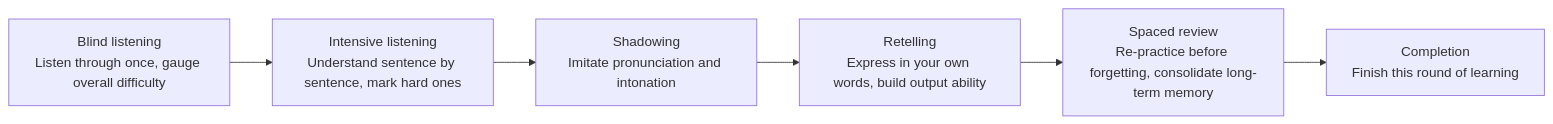
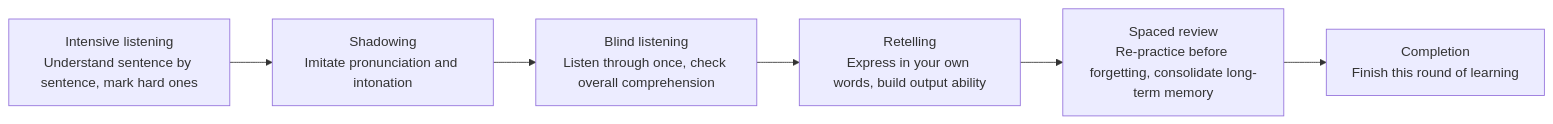
Before and after one commit to CrazyForks/Echo-Loop: the diagram in README.en.md, drawn with Mermaid. The commit also changed other lines of this file and 2 other files, not shown here.

````diff
--- a/README.en.md
+++ b/README.en.md
@@ -111,8 +111,8 @@
 ```mermaid
 flowchart LR
-  A[Blind listening<br/>Listen through once, gauge overall difficulty] --> B[Intensive listening<br/>Understand sentence by sentence, mark hard ones]
-  B --> C[Shadowing<br/>Imitate pronunciation and intonation]
+  A[Intensive listening<br/>Understand sentence by sentence, mark hard ones] --> B[Shadowing<br/>Imitate pronunciation and intonation]
+  B --> C[Blind listening<br/>Listen through once, check overall comprehension]
   C --> D[Retelling<br/>Express in your own words, build output ability]
   D --> E[Spaced review<br/>Re-practice before forgetting, consolidate long-term memory]
   E --> F[Completion<br/>Finish this round of learning]
 ```
````
